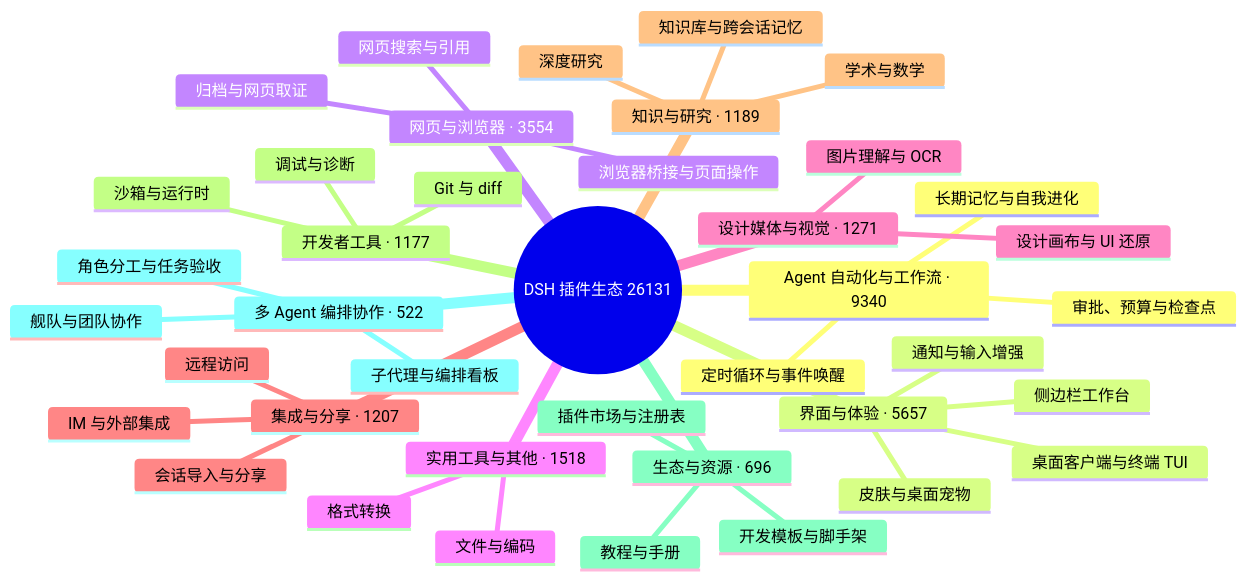
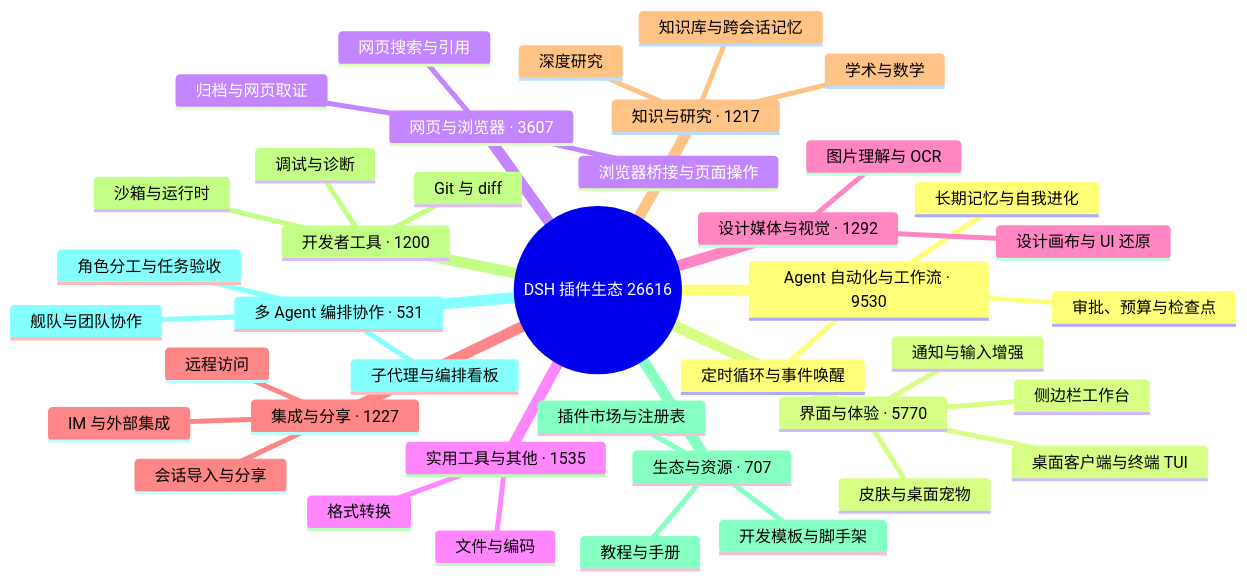
The diagram in README.md (bruc3van/awesome-dsh-plugin), drawn with Mermaid before and after one commit. The commit also changed other lines of this file and 28 other files, not shown here.

````diff
--- a/README.md
+++ b/README.md
@@ -32,43 +32,43 @@
 ```mermaid
 mindmap
-  root((DSH 插件生态 26131))
-    Agent 自动化与工作流 · 9340
+  root((DSH 插件生态 26616))
+    Agent 自动化与工作流 · 9530
       定时循环与事件唤醒
       长期记忆与自我进化
       审批、预算与检查点
-    界面与体验 · 5657
+    界面与体验 · 5770
       桌面客户端与终端 TUI
       侧边栏工作台
       皮肤与桌面宠物
       通知与输入增强
-    网页与浏览器 · 3554
+    网页与浏览器 · 3607
       浏览器桥接与页面操作
       网页搜索与引用
       归档与网页取证
-    实用工具与其他 · 1518
+    实用工具与其他 · 1535
       文件与编码
       格式转换
-    设计媒体与视觉 · 1271
+    设计媒体与视觉 · 1292
       图片理解与 OCR
       设计画布与 UI 还原
-    集成与分享 · 1207
+    集成与分享 · 1227
       会话导入与分享
       远程访问
       IM 与外部集成
-    知识与研究 · 1189
+    知识与研究 · 1217
       知识库与跨会话记忆
       深度研究
       学术与数学
-    开发者工具 · 1177
+    开发者工具 · 1200
       Git 与 diff
       沙箱与运行时
       调试与诊断
-    生态与资源 · 696
+    生态与资源 · 707
       插件市场与注册表
       开发模板与脚手架
       教程与手册
-    多 Agent 编排协作 · 522
+    多 Agent 编排协作 · 531
       子代理与编排看板
       舰队与团队协作
       角色分工与任务验收
 ```
````
